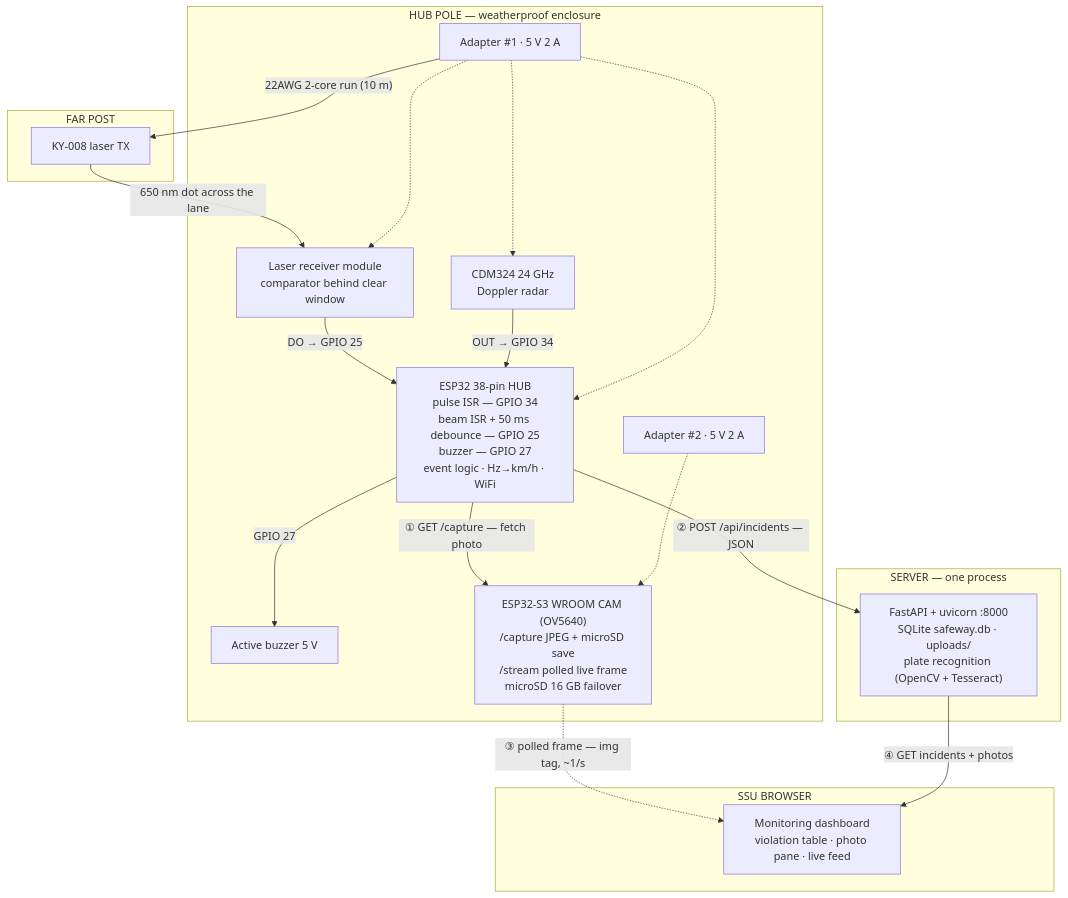
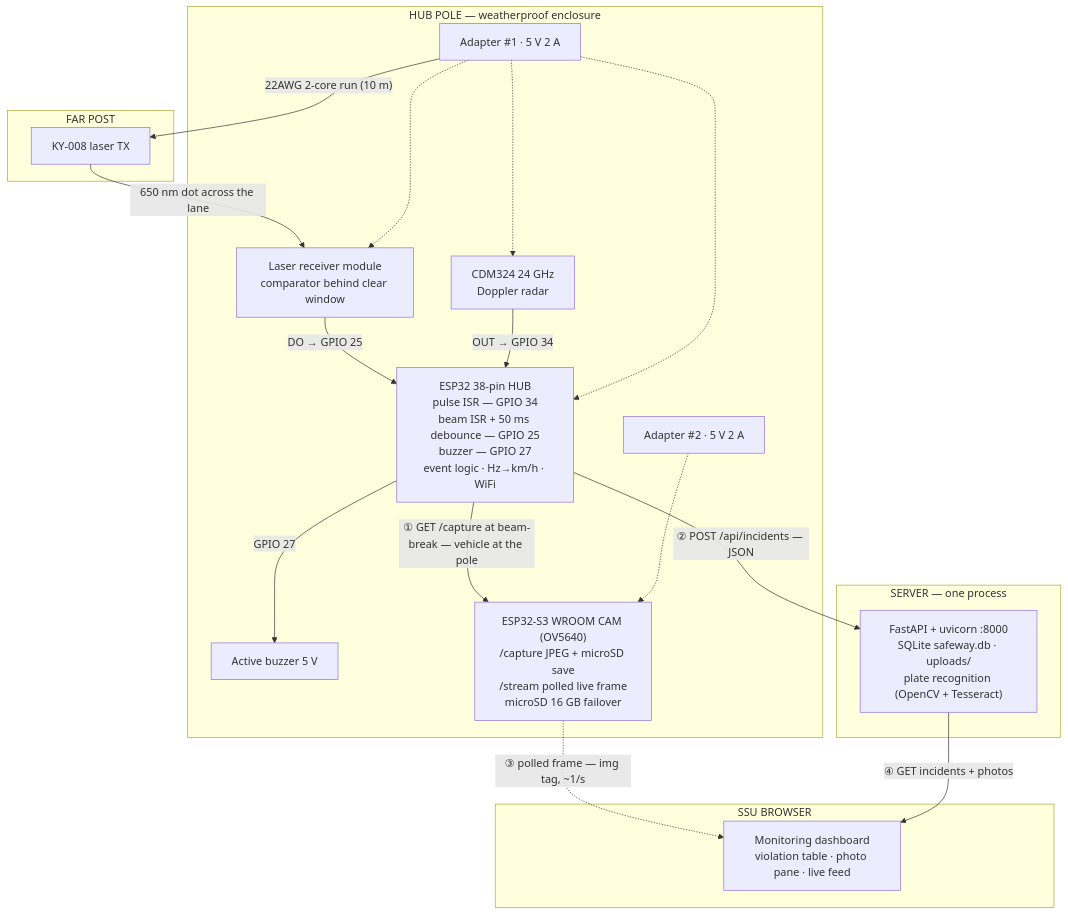
Before and after one commit to qppd/safeway: the first of 2 diagrams in docs/BLOCK-DIAGRAM.md, drawn with Mermaid. The commit also changed other lines of this file and 7 other files, not shown here.

First line of the commit message:
Snapshot photo at beam-break: capture plate at the pole, buffer base64, POST on lane clear

````diff
--- a/docs/BLOCK-DIAGRAM.md
+++ b/docs/BLOCK-DIAGRAM.md
@@ -9,38 +9,38 @@
 ```mermaid
 flowchart TB
     subgraph FAR["FAR POST"]
         TX["KY-008 laser TX"]
     end
 
     subgraph POLE["HUB POLE — weatherproof enclosure"]
         RX["Laser receiver module<br/>comparator behind clear window"]
         RADAR["CDM324 24 GHz<br/>Doppler radar"]
         BUZZ["Active buzzer 5 V"]
         HUB["ESP32 38-pin HUB<br/>pulse ISR — GPIO 34<br/>beam ISR + 50 ms debounce — GPIO 25<br/>buzzer — GPIO 27<br/>event logic · Hz→km/h · WiFi"]
         CAM["ESP32-S3 WROOM CAM (OV5640)<br/>/capture JPEG + microSD save<br/>/stream polled live frame<br/>microSD 16 GB failover"]
         P1["Adapter #1 · 5 V 2 A"]
         P2["Adapter #2 · 5 V 2 A"]
     end
 
     subgraph SRV["SERVER — one process"]
         API["FastAPI + uvicorn :8000<br/>SQLite safeway.db · uploads/<br/>plate recognition (OpenCV + Tesseract)"]
     end
 
     subgraph SSU["SSU BROWSER"]
         DASH["Monitoring dashboard<br/>violation table · photo pane · live feed"]
     end
 
     TX -- "650 nm dot across the lane" --> RX
     RX -- "DO → GPIO 25" --> HUB
     RADAR -- "OUT → GPIO 34" --> HUB
     HUB -- "GPIO 27" --> BUZZ
-    HUB -- "① GET /capture — fetch photo" --> CAM
+    HUB -- "① GET /capture at beam-break — vehicle at the pole" --> CAM
     HUB -- "② POST /api/incidents — JSON" --> API
     CAM -. "③ polled frame — img tag, ~1/s" .-> DASH
     API -- "④ GET incidents + photos" --> DASH
     P1 -.-> HUB
     P1 -.-> RADAR
     P1 -.-> RX
     P1 -- "22AWG 2-core run (10 m)" --> TX
     P2 -.-> CAM
 ```
````
